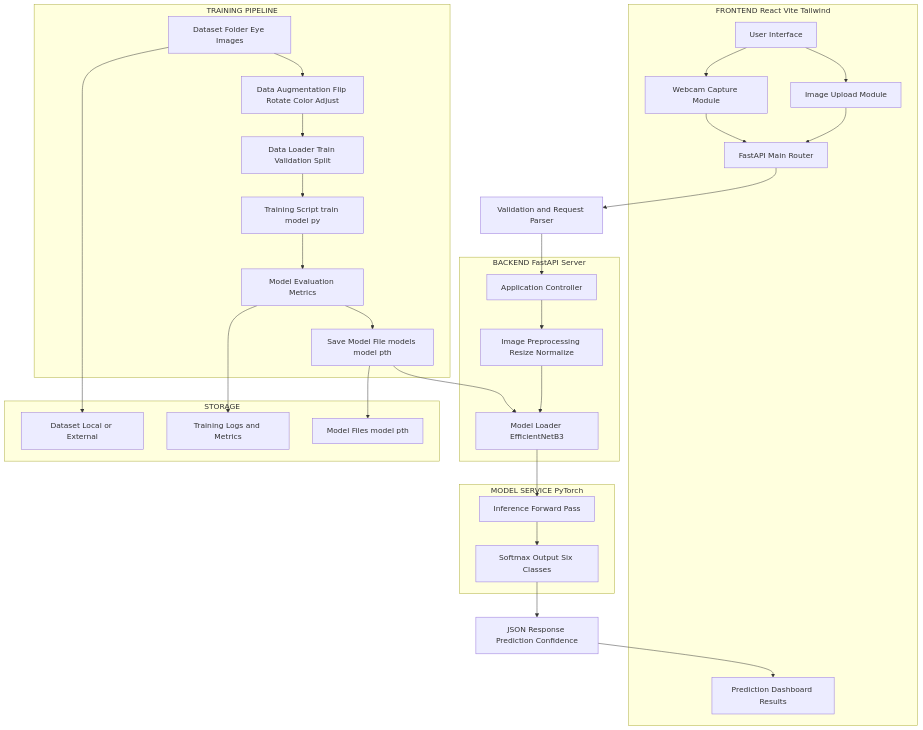
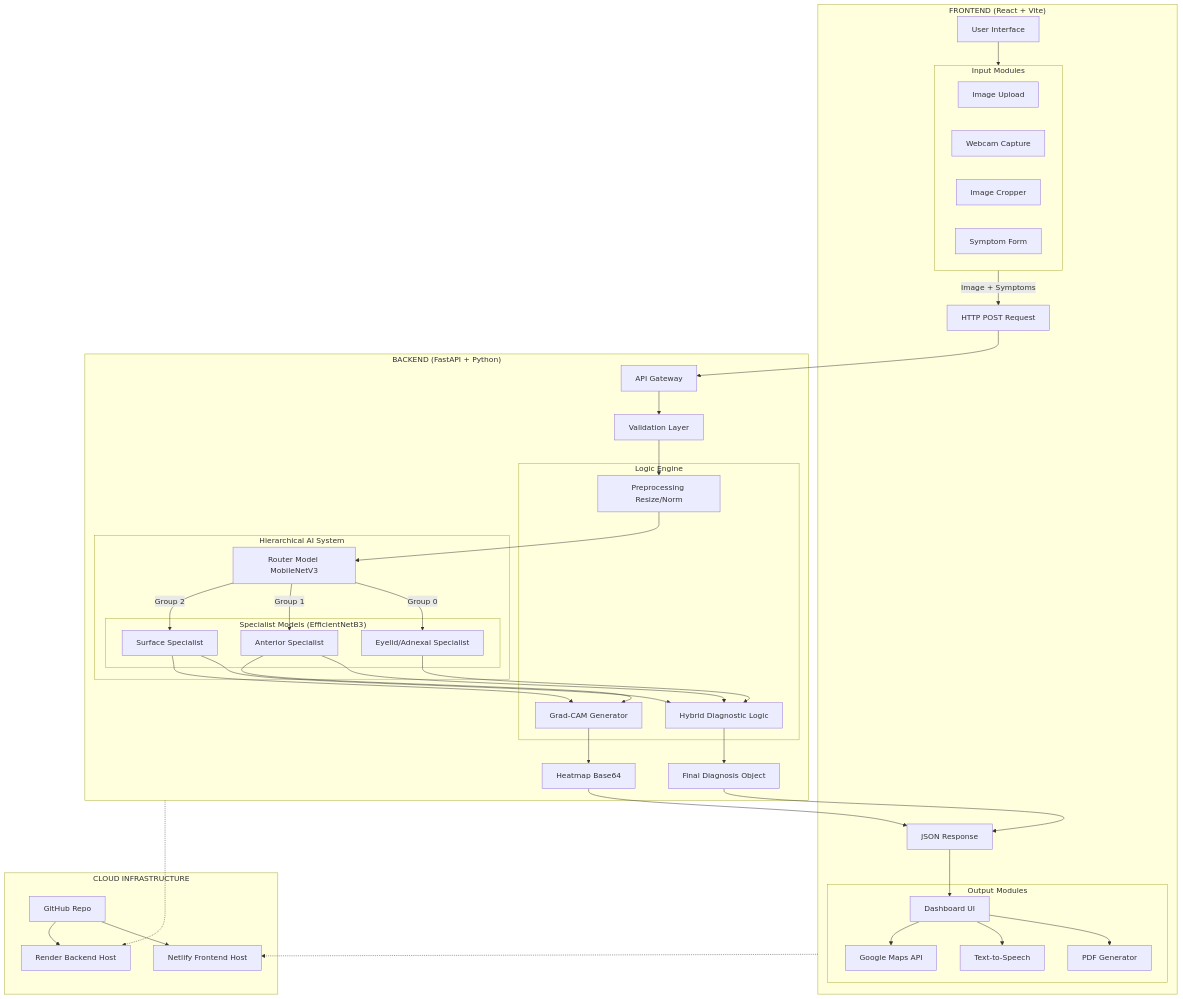
The diagram in README.md (Stellaris-Co/AI-based-Eye-Disease-Predictor), drawn with Mermaid before and after one commit. The commit also changed other lines of this file, not shown here.

````diff
--- a/README.md
+++ b/README.md
@@ -91,83 +121,79 @@
 ```mermaid
 flowchart TD
+    %% --- FRONTEND LAYER ---
+    subgraph Frontend["FRONTEND (React + Vite)"]
+        UI[User Interface]
+        
+        subgraph Input_Modules["Input Modules"]
+            UPLOAD[Image Upload]
+            WEBCAM[Webcam Capture]
+            CROP[Image Cropper]
+            FORM[Symptom Form]
+        end
+        
+        subgraph Output_Modules["Output Modules"]
+            DASH[Dashboard UI]
+            PDF[PDF Generator]
+            TTS[Text-to-Speech]
+            MAP[Google Maps API]
+        end
 
-%% ============================================
-%% FRONTEND SYSTEM
-%% ============================================
-subgraph FRONTEND React Vite Tailwind
-    FE1[User Interface]
-    FE2[Image Upload Module]
-    FE3[Webcam Capture Module]
-    FE4[Prediction Dashboard Results]
+        UI --> Input_Modules
+        Input_Modules -->|Image + Symptoms| API_REQ[HTTP POST Request]
+        API_RES[JSON Response] --> DASH
+        DASH --> PDF
+        DASH --> TTS
+        DASH --> MAP
+    end
 
-    FE1 --> FE2
-    FE1 --> FE3
-    FE2 --> API
-    FE3 --> API
-end
+    %% --- BACKEND LAYER ---
+    subgraph Backend["BACKEND (FastAPI + Python)"]
+        API_GATE[API Gateway]
+        VAL[Validation Layer]
+        
+        subgraph Logic_Engine["Logic Engine"]
+            PRE[Preprocessing Resize/Norm]
+            HYBRID[Hybrid Diagnostic Logic]
+            XAI[Grad-CAM Generator]
+        end
 
-%% ============================================
-%% API GATEWAY AND ROUTING
-%% ============================================
-API[FastAPI Main Router]
-API --> VR[Validation and Request Parser]
-VR --> BE
+        subgraph AI_Brain["Hierarchical AI System"]
+            ROUTER[Router Model MobileNetV3]
+            
+            subgraph Specialists["Specialist Models (EfficientNetB3)"]
+                S1[Surface Specialist]
+                S2[Anterior Specialist]
+                S3[Eyelid/Adnexal Specialist]
+            end
+        end
 
-%% ============================================
-%% BACKEND PROCESSING LAYERS
-%% ============================================
-subgraph BACKEND FastAPI Server
-    BE[Application Controller]
-    BP[Image Preprocessing Resize Normalize]
-    BE --> BP
-    BP --> MS
-end
+        API_REQ --> API_GATE
+        API_GATE --> VAL
+        VAL --> PRE
+        PRE --> ROUTER
+        
+        ROUTER -->|Group 0| S3
+        ROUTER -->|Group 1| S2
+        ROUTER -->|Group 2| S1
+        
+        S1 & S2 & S3 --> HYBRID
+        S1 & S2 --> XAI
+        
+        HYBRID --> FINAL[Final Diagnosis Object]
+        XAI --> HEATMAP[Heatmap Base64]
+        
+        FINAL & HEATMAP --> API_RES
+    end
 
-%% ============================================
-%% MODEL SERVICE
-%% ============================================
-subgraph MODEL SERVICE PyTorch
-    MS[Model Loader EfficientNetB3]
-    MI[Inference Forward Pass]
-    MP[Softmax Output Six Classes]
-    MS --> MI --> MP
-end
+    %% --- DEPLOYMENT LAYER ---
+    subgraph Deployment["CLOUD INFRASTRUCTURE"]
+        NETLIFY[Netlify Frontend Host]
+        RENDER[Render Backend Host]
+        GITHUB[GitHub Repo]
+    end
 
-MP --> RESP
-
-%% ============================================
-%% RESPONSE HANDLING
-%% ============================================
-RESP[JSON Response Prediction Confidence]
-RESP --> FE4
-
-%% ============================================
-%% TRAINING AND DATA PIPELINE
-%% ============================================
-subgraph TRAINING PIPELINE
-    DS[Dataset Folder Eye Images]
-    DA[Data Augmentation Flip Rotate Color Adjust]
-    DL[Data Loader Train Validation Split]
-    TM[Training Script train model py]
-    EV[Model Evaluation Metrics]
-    SM[Save Model File models model pth]
-
-    DS --> DA --> DL --> TM --> EV --> SM
-end
-
-%% BACKEND LOADS TRAINED MODEL
-SM --> MS
-
-%% ============================================
-%% STORAGE SYSTEM
-%% ============================================
-subgraph STORAGE
-    ST1[Model Files model pth]
-    ST2[Dataset Local or External]
-    ST3[Training Logs and Metrics]
-end
-
-SM --> ST1
-DS --> ST2
-EV --> ST3
+    Frontend -.-> NETLIFY
+    Backend -.-> RENDER
+    GITHUB --> NETLIFY
+    GITHUB --> RENDER
 ```
````
